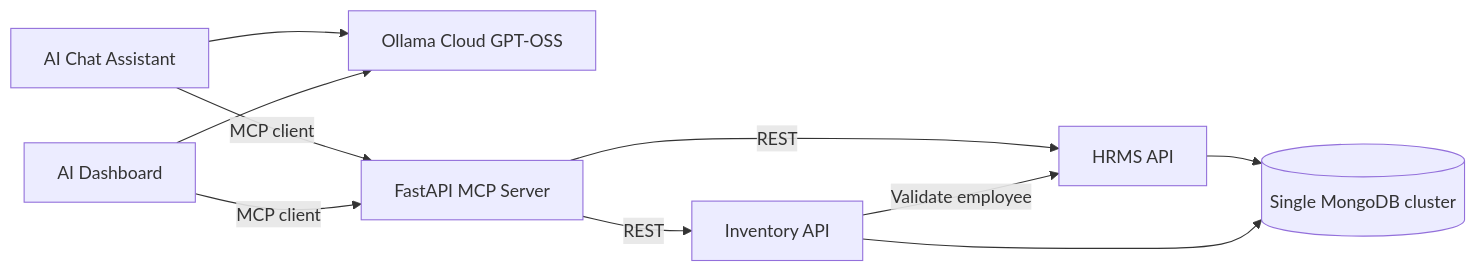
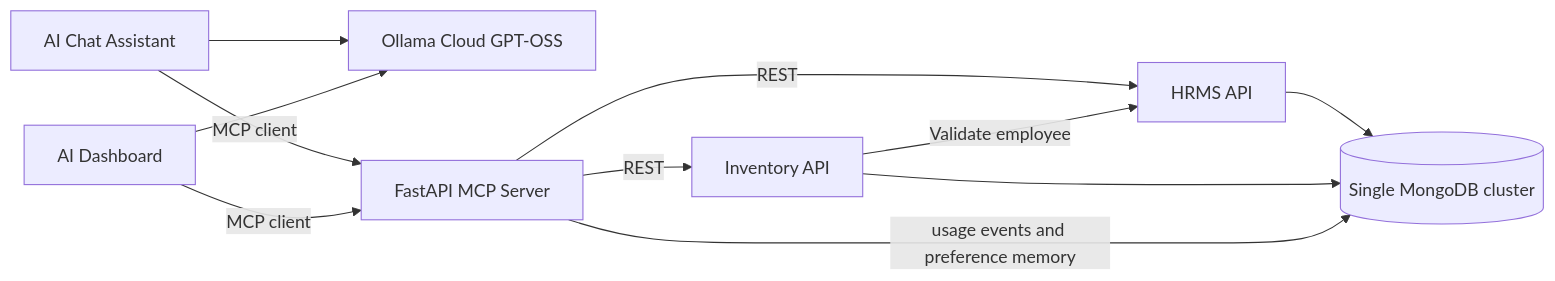
The diagram in MCP_system_plan.md (SalmonJoy/Simplilearn_MCP), drawn with Mermaid before and after one commit. The commit also changed other lines of this file and 86 other files, not shown here.

Commit message:
added steamlit UI, Memory and MCP stats. Also has lecture notes

````diff
--- a/MCP_system_plan.md
+++ b/MCP_system_plan.md
@@ -7,12 +7,13 @@
 ```mermaid
 flowchart LR
     Chat[AI Chat Assistant] --> Ollama[Ollama Cloud GPT-OSS]
     Dashboard[AI Dashboard] --> Ollama
     Chat -->|MCP client| MCP[FastAPI MCP Server]
     Dashboard -->|MCP client| MCP
     MCP -->|REST| HRMS[HRMS API]
     MCP -->|REST| Inventory[Inventory API]
     Inventory -->|Validate employee| HRMS
     HRMS --> Mongo[(Single MongoDB cluster)]
     Inventory --> Mongo
+    MCP -->|usage events and preference memory| Mongo
 ```
````
